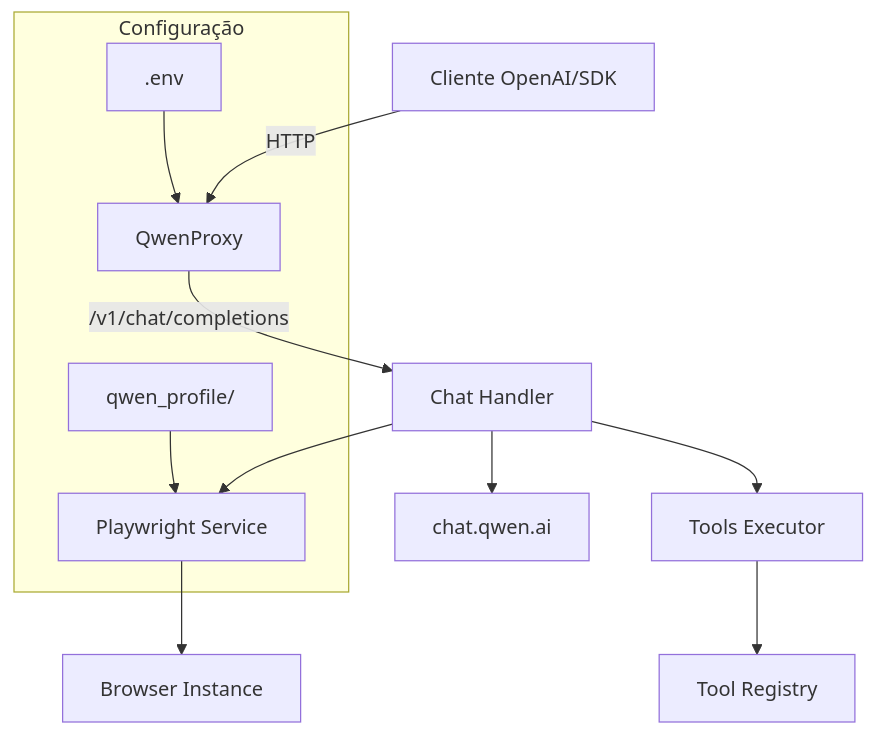
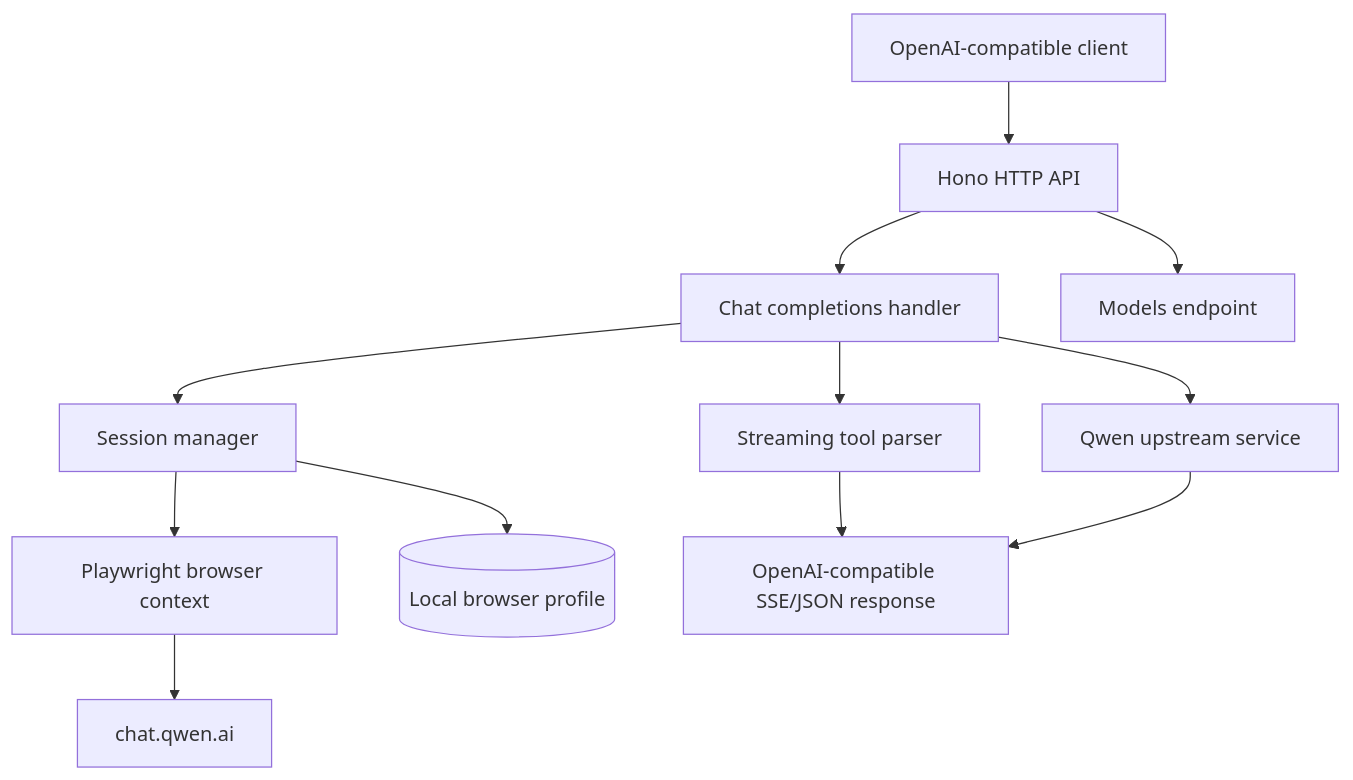
The diagram in README.md (33gsen/qwenproxy), drawn with Mermaid before and after one commit. The commit also changed other lines of this file, not shown here.

Commit message:
docs: present QwenProxy as a professional project

````diff
--- a/README.md
+++ b/README.md
@@ -54,15 +19,14 @@
 ```mermaid
-graph TD
-    Client[Cliente OpenAI/SDK] -->|HTTP| Proxy[QwenProxy]
-    Proxy -->|/v1/chat/completions| Handler[Chat Handler]
-    Handler --> Qwen[chat.qwen.ai]
-    Handler --> Playwright[Playwright Service]
-    Playwright --> Browser[Browser Instance]
-    Handler --> Tools[Tools Executor]
-    Tools --> Registry[Tool Registry]
-    
-    subgraph "Configuração"
-        Env[.env] --> Proxy
-        Profile[qwen_profile/] --> Playwright
-    end
+flowchart TD
+    Client[OpenAI-compatible client] --> API[Hono HTTP API]
+    API --> Chat[Chat completions handler]
+    API --> Models[Models endpoint]
+    Chat --> Sessions[Session manager]
+    Chat --> Parser[Streaming tool parser]
+    Chat --> Upstream[Qwen upstream service]
+    Sessions --> Browser[Playwright browser context]
+    Browser --> Qwen[chat.qwen.ai]
+    Sessions --> Profile[(Local browser profile)]
+    Parser --> Response[OpenAI-compatible SSE/JSON response]
+    Upstream --> Response
 ```
````
